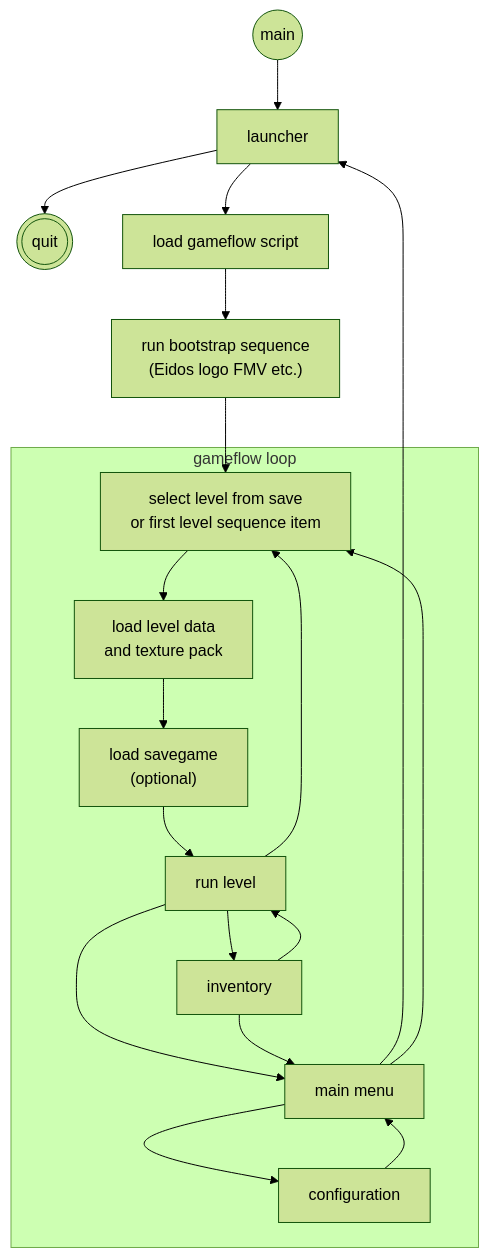
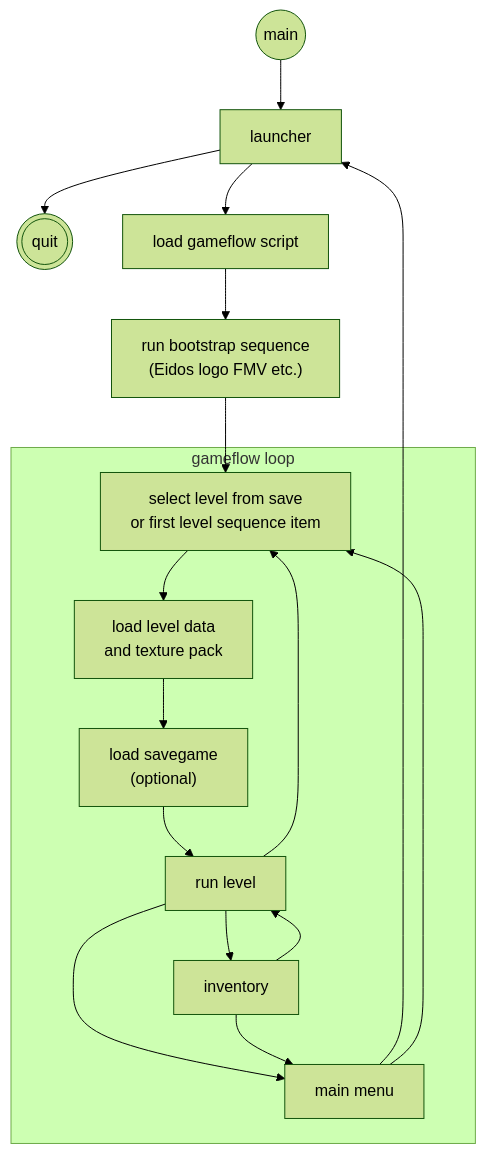
Before and after one commit to stohrendorf/CroftEngine: the diagram in dev-docs/README.md, drawn with Mermaid (forest theme).

Commit message:
simplify docs

````diff
--- a/dev-docs/README.md
+++ b/dev-docs/README.md
@@ -322,22 +322,21 @@
 ```mermaid
 flowchart TD
     main((main)) --> launcher
     launcher --> quit(((quit)))
     bootstrap["run bootstrap sequence<br>(Eidos logo FMV etc.)"]
     menu["main menu"]
     menu --> launcher
     menu --> nextlevel
     launcher --> load_gameflow["load gameflow script"] --> bootstrap
 
     subgraph gameflow loop
         nextlevel["select level from save<br>or first level sequence item"]
         nextlevel --> load["load level data<br>and texture pack"] --> loadsave["load savegame<br>(optional)"]
         loadsave --> level["run level"] --> nextlevel
         level --> inventory --> level
         level --> menu
         inventory --> menu
-        menu --> configuration --> menu
     end
 
     bootstrap --> nextlevel
 ```
````
